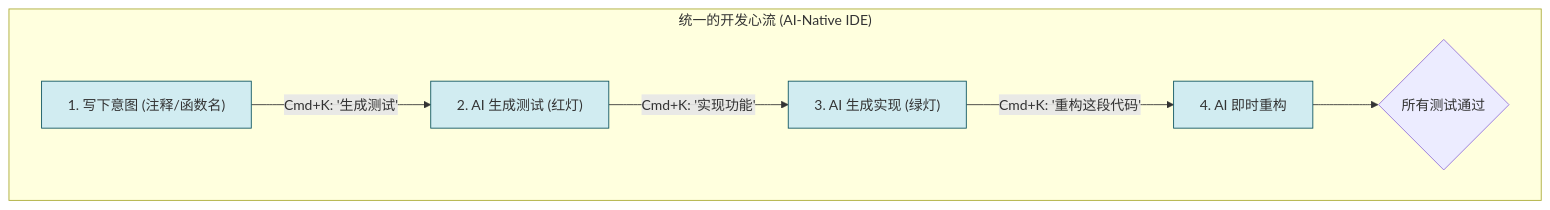
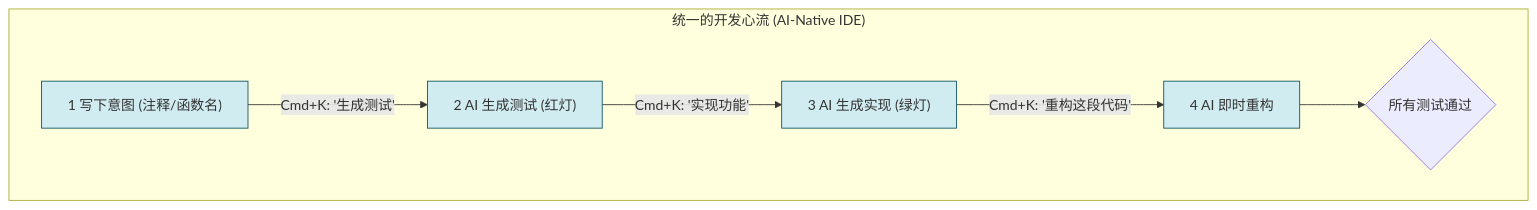
Before and after one commit to ethan-jiang-1/ai_study_tdd: the fourth of 7 diagrams in _raw_dr/raw_dr_tdd_gemini.md, drawn with Mermaid. The commit also changed other lines of this file, not shown here.

````diff
--- a/_raw_dr/raw_dr_tdd_gemini.md
+++ b/_raw_dr/raw_dr_tdd_gemini.md
@@ -439,14 +439,14 @@
 ```mermaid
 graph TD
     subgraph "统一的开发心流 (AI-Native IDE)"
-        A["1. 写下意图 (注释/函数名)"];
-        A -- "Cmd+K: '生成测试'" --> B["2. AI 生成测试 (红灯)"];
-        B -- "Cmd+K: '实现功能'" --> C["3. AI 生成实现 (绿灯)"];
-        C -- "Cmd+K: '重构这段代码'" --> D["4. AI 即时重构"];
-        D --> E{所有测试通过};
+        A["1 写下意图 (注释/函数名)"]
+        A -- "Cmd+K: '生成测试'" --> B["2 AI 生成测试 (红灯)"]
+        B -- "Cmd+K: '实现功能'" --> C["3 AI 生成实现 (绿灯)"]
+        C -- "Cmd+K: '重构这段代码'" --> D["4 AI 即时重构"]
+        D --> E{所有测试通过}
     end
     style A fill:#d1ecf1,stroke:#0c5460
     style B fill:#d1ecf1,stroke:#0c5460
     style C fill:#d1ecf1,stroke:#0c5460
     style D fill:#d1ecf1,stroke:#0c5460
 ```
````
